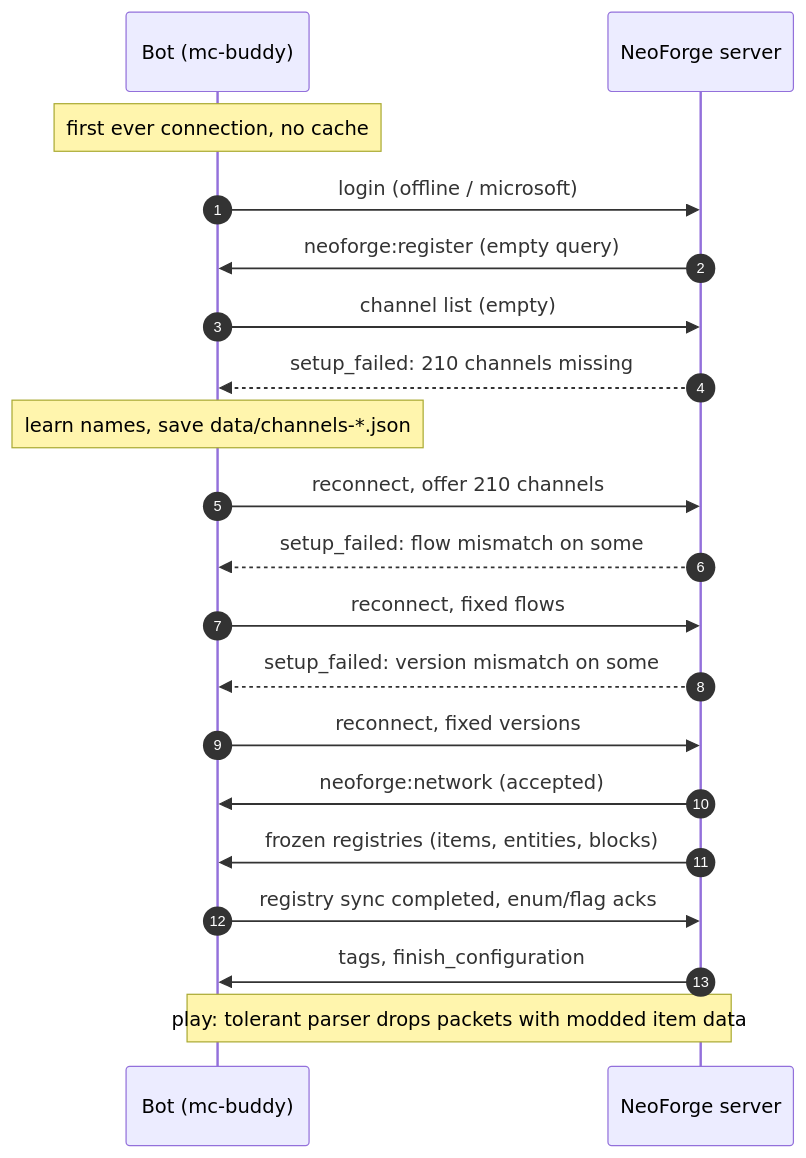
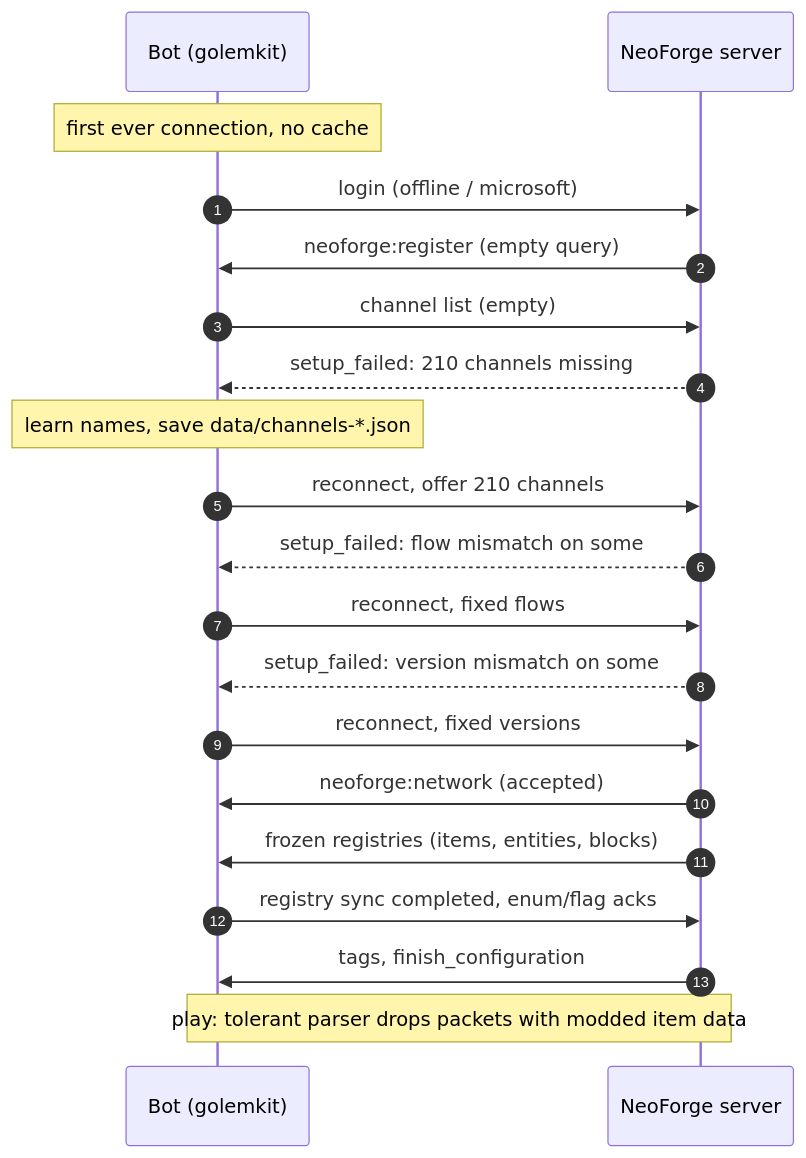
Before and after one commit to thereisnotime/golemkit: the diagram in docs/concepts/neoforge.md, drawn with Mermaid. The commit also changed other lines of this file and 49 other files, not shown here.

````diff
--- a/docs/concepts/neoforge.md
+++ b/docs/concepts/neoforge.md
@@ -10,22 +10,22 @@
 ```mermaid
 sequenceDiagram
   autonumber
-  participant B as Bot (mc-buddy)
+  participant B as Bot (golemkit)
   participant S as NeoForge server
   Note over B: first ever connection, no cache
   B->>S: login (offline / microsoft)
   S->>B: neoforge:register (empty query)
   B->>S: channel list (empty)
   S-->>B: setup_failed: 210 channels missing
   Note over B: learn names, save data/channels-*.json
   B->>S: reconnect, offer 210 channels
   S-->>B: setup_failed: flow mismatch on some
   B->>S: reconnect, fixed flows
   S-->>B: setup_failed: version mismatch on some
   B->>S: reconnect, fixed versions
   S->>B: neoforge:network (accepted)
   S->>B: frozen registries (items, entities, blocks)
   B->>S: registry sync completed, enum/flag acks
   S->>B: tags, finish_configuration
   Note over B,S: play: tolerant parser drops packets with modded item data
 ```
````
